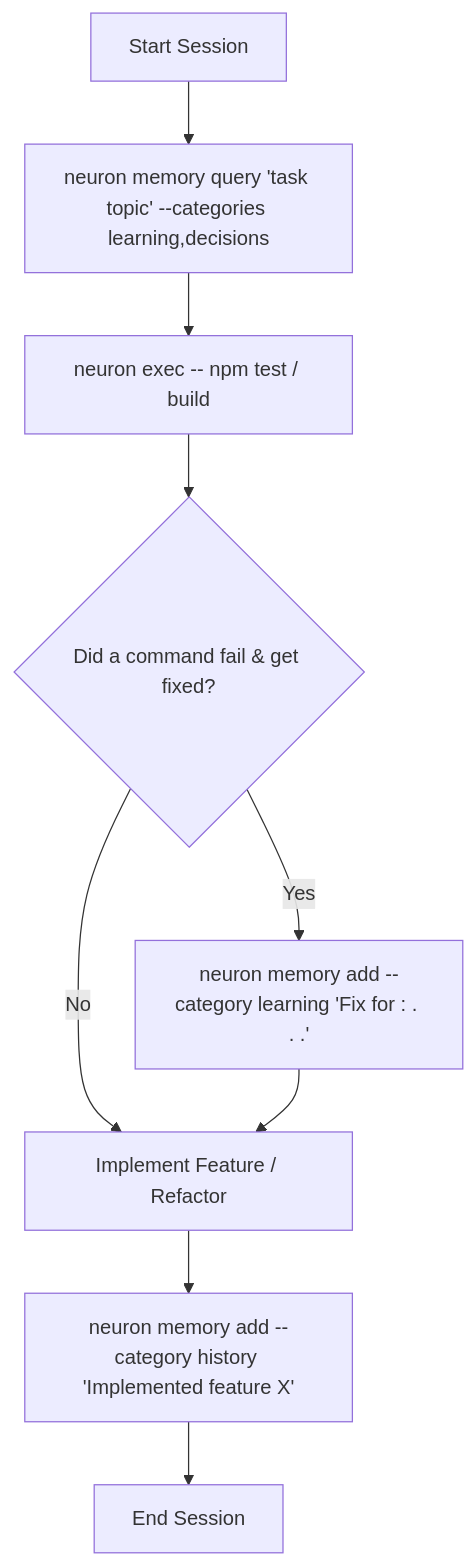
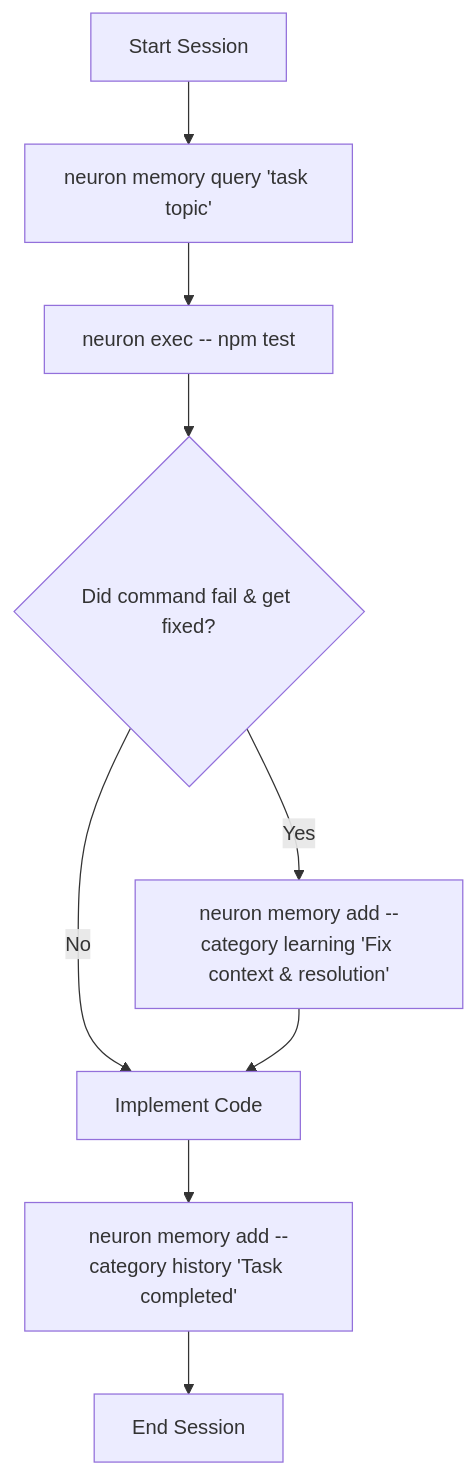
Before and after one commit to kovartravis/neuron: the diagram in README.md, drawn with Mermaid. The commit also changed other lines of this file and 1 other file, not shown here.

````diff
--- a/README.md
+++ b/README.md
@@ -79,11 +52,11 @@
 ```mermaid
 graph TD
-    A[Start Session] --> B["neuron memory query 'task topic' --categories learning,decisions"]
-    B --> C["neuron exec -- npm test / build"]
-    C --> D{Did a command fail & get fixed?}
-    D -- Yes --> E["neuron memory add --category learning 'Fix for <error>: <context>. <root cause>. <fix>.'"]
-    D -- No --> F[Implement Feature / Refactor]
+    A[Start Session] --> B["neuron memory query 'task topic'"]
+    B --> C["neuron exec -- npm test"]
+    C --> D{Did command fail & get fixed?}
+    D -- Yes --> E["neuron memory add --category learning 'Fix context & resolution'"]
+    D -- No --> F[Implement Code]
     E --> F
-    F --> G["neuron memory add --category history 'Implemented feature X'"]
+    F --> G["neuron memory add --category history 'Task completed'"]
     G --> H[End Session]
 ```
````
